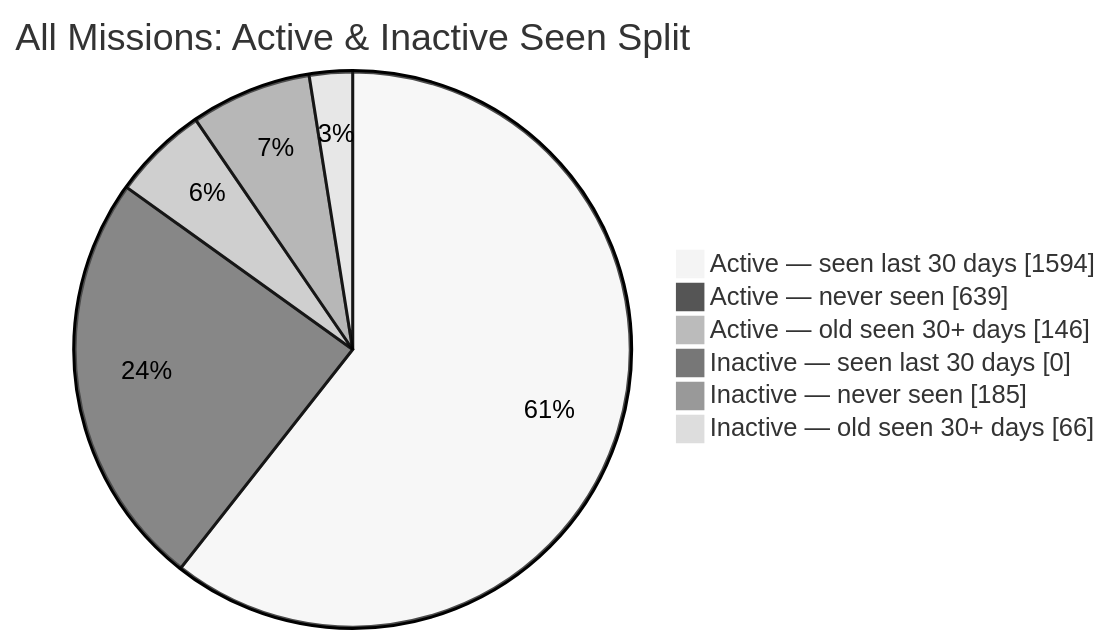
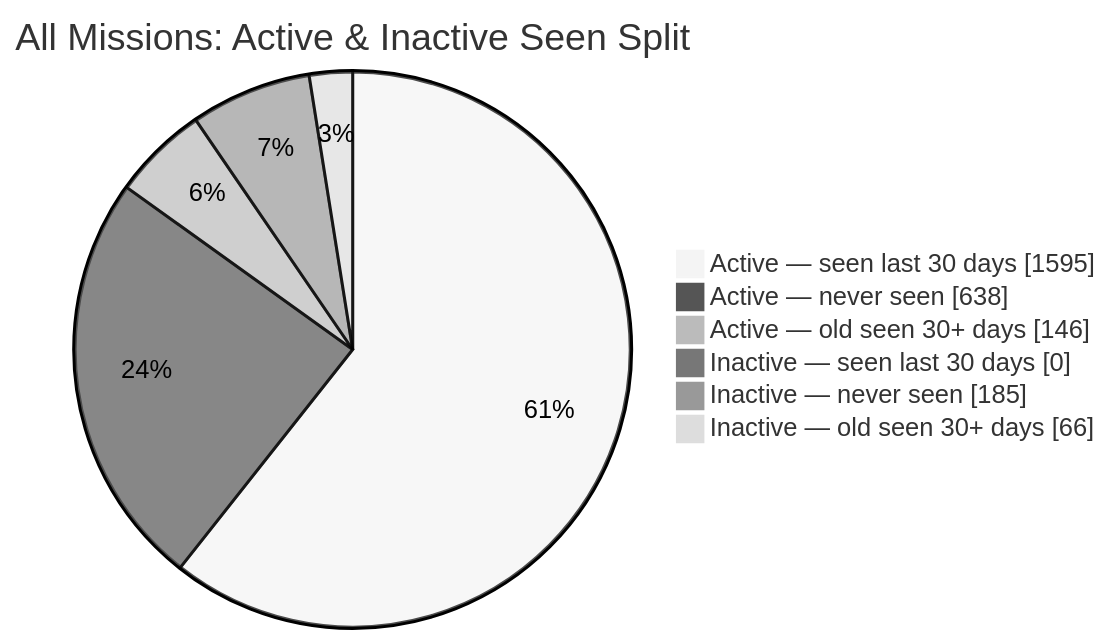
Before and after one commit to MeldkamerspelGameTeam/active-missions: the second of 2 diagrams in README.md, drawn with Mermaid (neutral theme). The commit also changed other lines of this file and 2 other files, not shown here.

````diff
--- a/README.md
+++ b/README.md
@@ -44,10 +44,10 @@
 ```mermaid
 pie showData
     title All Missions: Active & Inactive Seen Split
-    "Active — seen last 30 days" : 1594
-    "Active — never seen" : 639
+    "Active — seen last 30 days" : 1595
+    "Active — never seen" : 638
     "Active — old seen 30+ days" : 146
     "Inactive — seen last 30 days" : 0
     "Inactive — never seen" : 185
     "Inactive — old seen 30+ days" : 66
 ```
````
